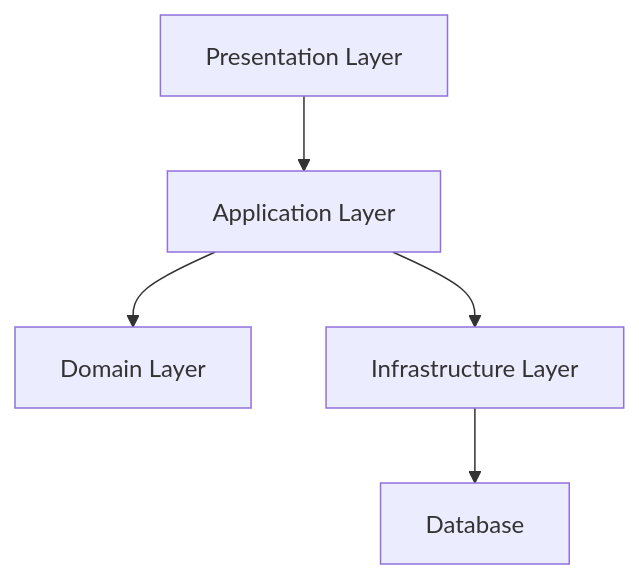
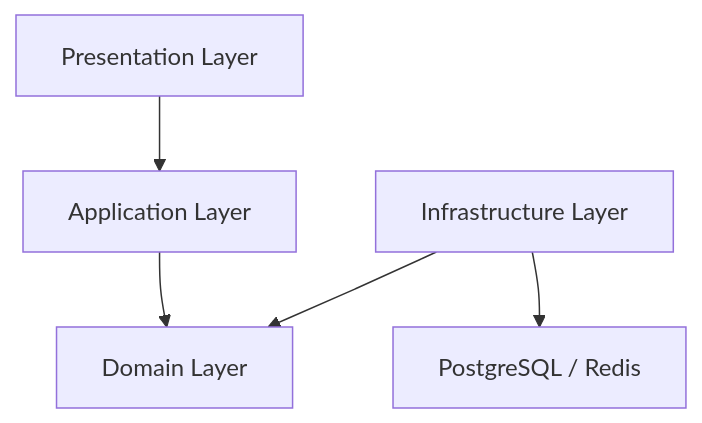
Before and after one commit to predragstojkovic03/food-up: the diagram in apps/server/README.md, drawn with Mermaid. The commit also changed other lines of this file and 3 other files, not shown here.

````diff
--- a/apps/server/README.md
+++ b/apps/server/README.md
@@ -9,7 +13,7 @@
 ```mermaid
 graph TD
     A[Presentation Layer] --> B[Application Layer]
     B --> C[Domain Layer]
-    B --> D[Infrastructure Layer]
-    D --> E[Database]
+    D[Infrastructure Layer] --> C
+    D --> E[PostgreSQL / Redis]
 ```
````
